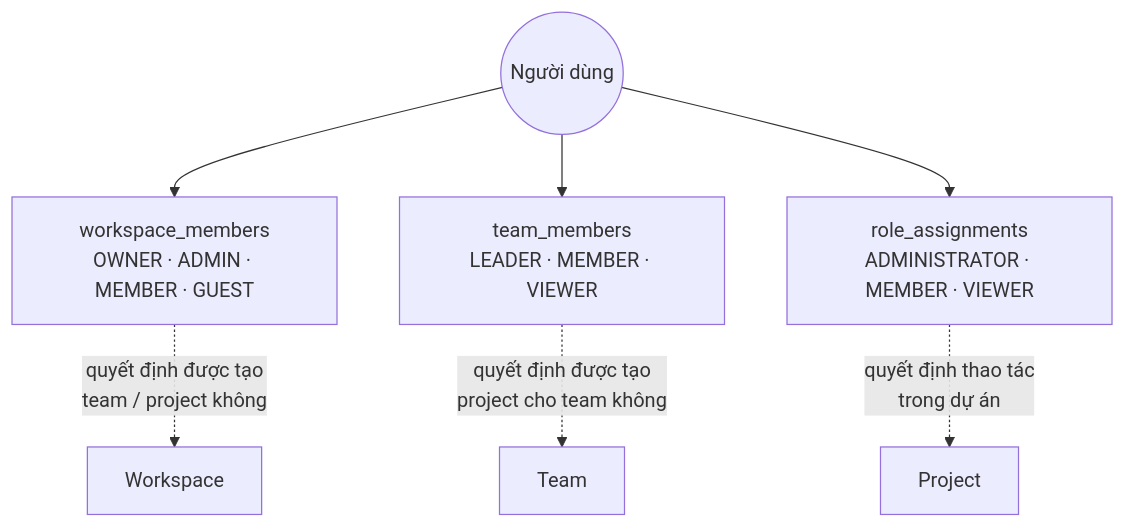
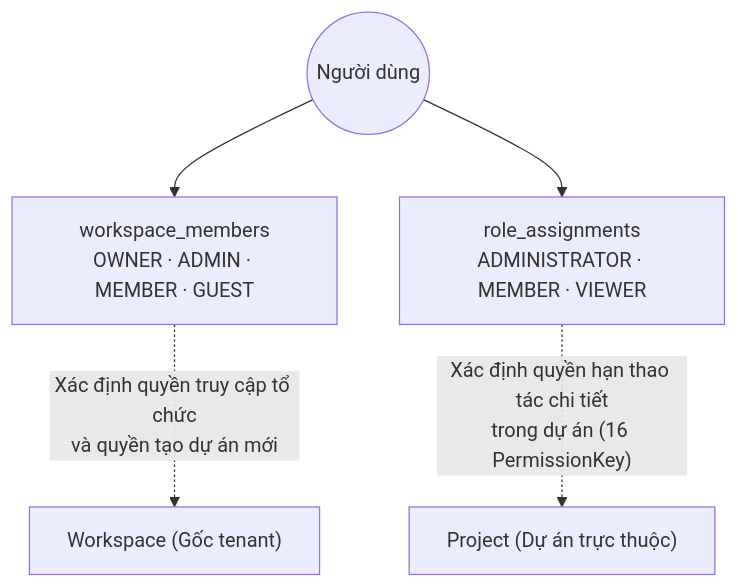
Before and after one commit to Hecker-Chuoi/DATN-2026: the first of 6 diagrams in formal_doc/03_NGHIEP_VU_WORKSPACE_TEAM_MEMBER.md, drawn with Mermaid. The commit also changed other lines of this file and 60 other files, not shown here.

````diff
--- a/formal_doc/03_NGHIEP_VU_WORKSPACE_TEAM_MEMBER.md
+++ b/formal_doc/03_NGHIEP_VU_WORKSPACE_TEAM_MEMBER.md
@@ -26,10 +24,8 @@
 ```mermaid
 flowchart TD
     U(("Người dùng"))
     U --> WM["workspace_members<br/>OWNER · ADMIN · MEMBER · GUEST"]
-    U --> TM["team_members<br/>LEADER · MEMBER · VIEWER"]
     U --> RA["role_assignments<br/>ADMINISTRATOR · MEMBER · VIEWER"]
-    WM -. "quyết định được tạo<br/>team / project không" .-> W["Workspace"]
-    TM -. "quyết định được tạo<br/>project cho team không" .-> T["Team"]
-    RA -. "quyết định thao tác<br/>trong dự án" .-> P["Project"]
+    WM -. "Xác định quyền truy cập tổ chức<br/>và quyền tạo dự án mới" .-> W["Workspace (Gốc tenant)"]
+    RA -. "Xác định quyền hạn thao tác chi tiết<br/>trong dự án (16 PermissionKey)" .-> P["Project (Dự án trực thuộc)"]
 ```
````
